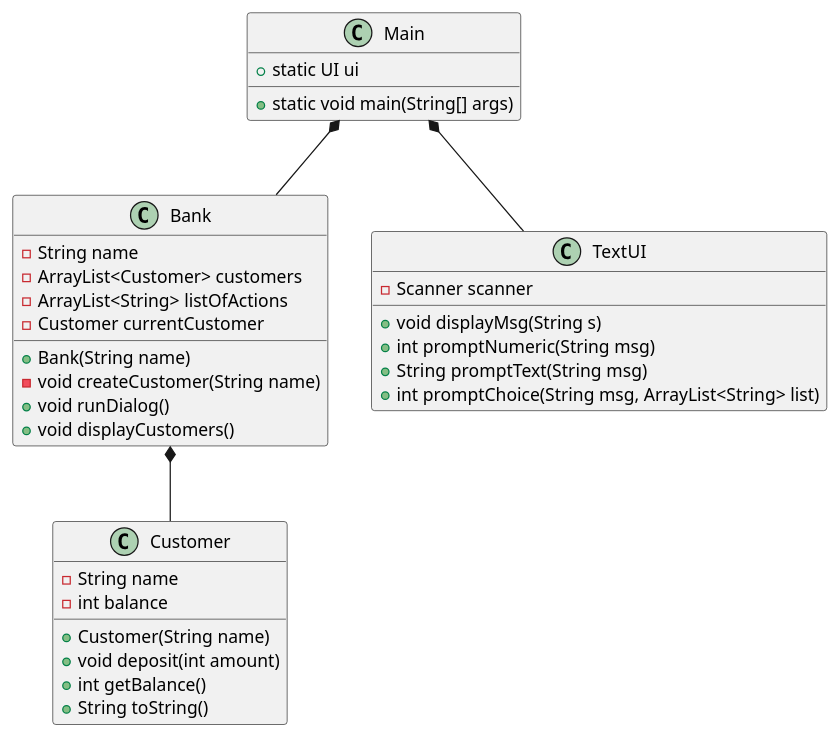
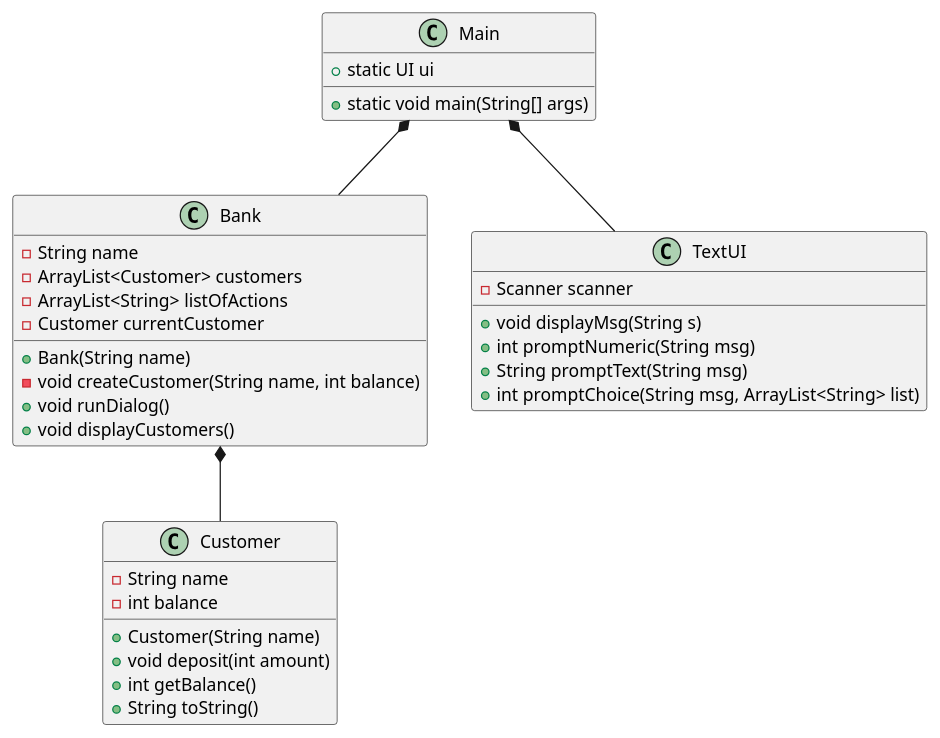
Before and after one commit to EmilDagsberg/BankSystem: the diagram in doc/classdiagram.puml, drawn with PlantUML.

Commit message:
createCustomer handles name = null

```diff
--- a/doc/classdiagram.puml
+++ b/doc/classdiagram.puml
@@ -1,40 +1,40 @@
 @startuml
 class Main{
 + static UI ui
 + static void main(String[] args)
 }
 
 
 class Bank{
  - String name
  - ArrayList<Customer> customers
  - ArrayList<String> listOfActions
  - Customer currentCustomer
  + Bank(String name)
- - void createCustomer(String name)
+ - void createCustomer(String name, int balance)
  + void runDialog()
  + void displayCustomers()
 }
 
 class Customer{
 - String name
 - int balance
 + Customer(String name)
 + void deposit(int amount)
 + int getBalance()
 + String toString()
 }
 
 class TextUI{
 - Scanner scanner
 + void displayMsg(String s)
 + int promptNumeric(String msg)
 + String promptText(String msg)
 + int promptChoice(String msg, ArrayList<String> list)
 }
 
 Main *-- TextUI
 Main *-- Bank
 Bank *-- Customer
 
 @enduml
```
